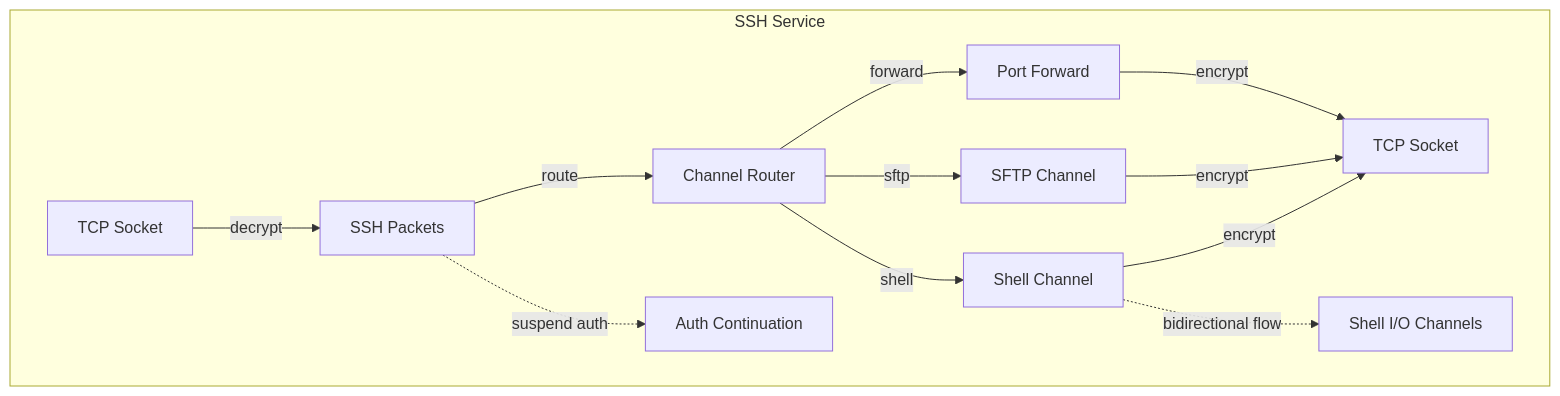
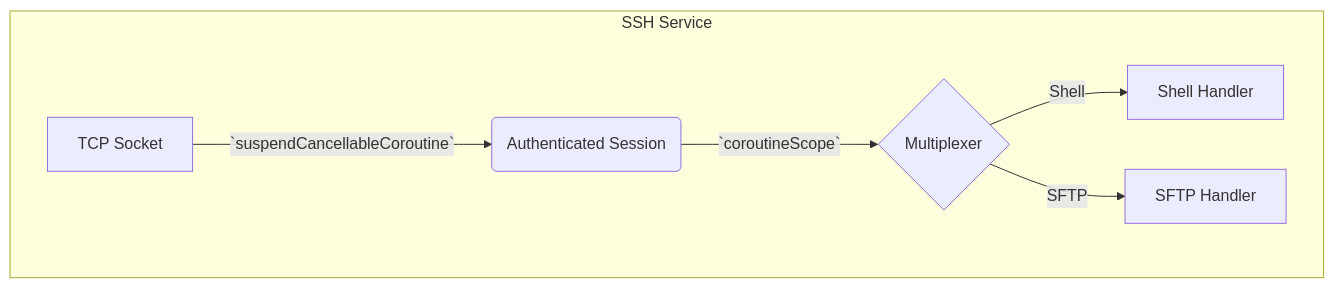
The third of 4 diagrams in CHANNEL_COROUTINE_PATTERNS.md (jnorthrup/superbikeshed), drawn with Mermaid before and after one commit. The commit also changed other lines of this file and 56 other files, not shown here.

````diff
--- a/CHANNEL_COROUTINE_PATTERNS.md
+++ b/CHANNEL_COROUTINE_PATTERNS.md
@@ -99,16 +110,9 @@
 ```mermaid
 flowchart TD
     subgraph "SSH Service"
-        A[TCP Socket] -->|decrypt| B[SSH Packets]
-        B -->|route| C[Channel Router]
-        
-        C -->|shell| D1[Shell Channel]
-        C -->|sftp| D2[SFTP Channel]  
-        C -->|forward| D3[Port Forward]
-        
-        D1 & D2 & D3 -->|encrypt| E[TCP Socket]
-        
-        B -.->|suspend auth| AUTH[Auth Continuation]
-        D1 -.->|bidirectional flow| BID[Shell I/O Channels]
+        A[TCP Socket] -->|`suspendCancellableCoroutine`| B(Authenticated Session)
+        B -->|`coroutineScope`| C{Multiplexer}
+        C -- Shell --> D1[Shell Handler]
+        C -- SFTP --> D2[SFTP Handler]
     end
 ```
````
